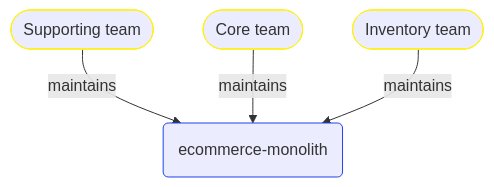
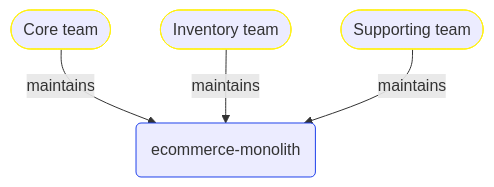
Before and after one commit to itlibrium/DDD-starter-dotnet: the second of 2 diagrams in Docs/P3/MermaidOutput/DeployableUnits/ecommerce-monolith.md, drawn with Mermaid. The commit also changed other lines of this file and 78 other files, not shown here.

````diff
--- a/Docs/P3/MermaidOutput/DeployableUnits/ecommerce-monolith.md
+++ b/Docs/P3/MermaidOutput/DeployableUnits/ecommerce-monolith.md
@@ -48,17 +48,17 @@
 ```mermaid
   flowchart TB
     0(ecommerce-monolith)
     class 0 TechnologyPerspective
-    1([Supporting team])
+    1([Core team])
     class 1 PeoplePerspective
     1-->|maintains|0
-    2([Core team])
+    2([Inventory team])
     class 2 PeoplePerspective
     2-->|maintains|0
-    3([Inventory team])
+    3([Supporting team])
     class 3 PeoplePerspective
     3-->|maintains|0
     classDef DomainPerspective stroke:#009900
     classDef TechnologyPerspective stroke:#1F41EB
     classDef PeoplePerspective stroke:#FFF014
 ```
````
